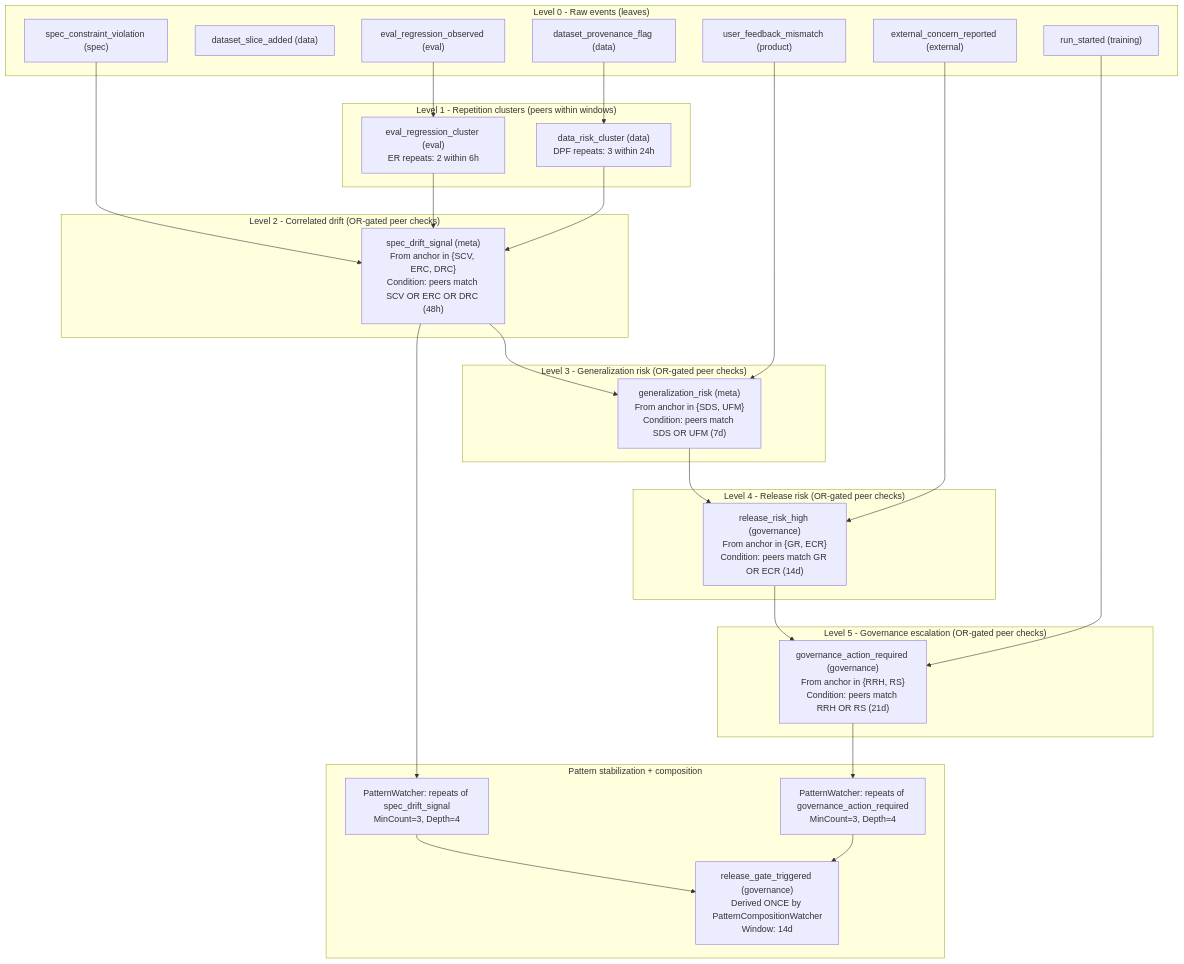
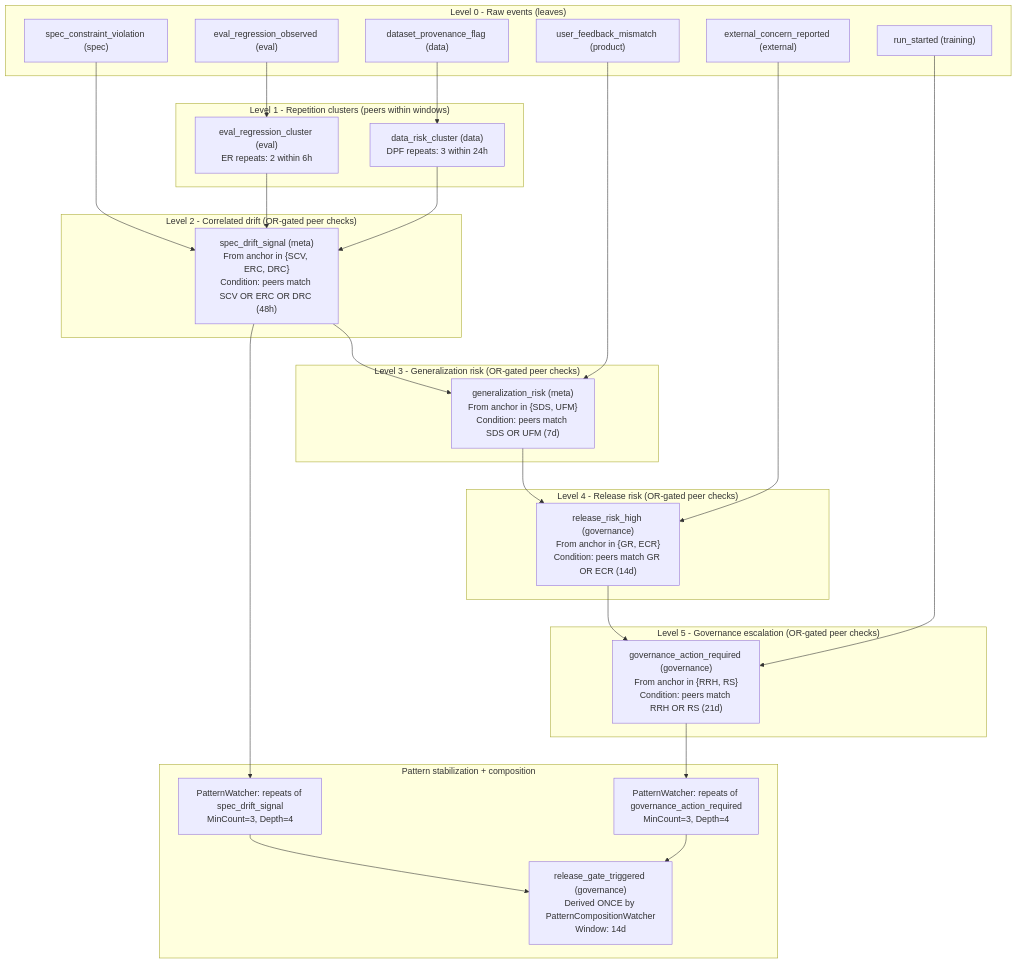
One commit to jtomasevic/synapse changed the diagram in examples/spec-locked-fine-tune-drift/README.md. Above: the diagram before and after it, drawn with Mermaid.

Commit message:
Fix diagram for Spec Locked Fine Tune Drift example (#26)

````diff
--- a/examples/spec-locked-fine-tune-drift/README.md
+++ b/examples/spec-locked-fine-tune-drift/README.md
@@ -22,72 +22,71 @@
 ```mermaid
 flowchart TD
 
   %% =========================
   %% Spec-Locked Fine-Tune Drift -> Release Gate (POC semantics)
   %% =========================
 
   subgraph L0["Level 0 - Raw events (leaves)"]
     RS["run_started (training)"]
-    DSA["dataset_slice_added (data)"]
     DPF["dataset_provenance_flag (data)"]
     ER["eval_regression_observed (eval)"]
     SCV["spec_constraint_violation (spec)"]
     UFM["user_feedback_mismatch (product)"]
     ECR["external_concern_reported (external)"]
   end
 
   subgraph L1["Level 1 - Repetition clusters (peers within windows)"]
     DRC["data_risk_cluster (data)\nDPF repeats: 3 within 24h"]
     ERC["eval_regression_cluster (eval)\nER repeats: 2 within 6h"]
   end
 
   subgraph L2["Level 2 - Correlated drift (OR-gated peer checks)"]
     SDS["spec_drift_signal (meta)\nFrom anchor in {SCV, ERC, DRC}\nCondition: peers match SCV OR ERC OR DRC (48h)"]
   end
 
   subgraph L3["Level 3 - Generalization risk (OR-gated peer checks)"]
     GR["generalization_risk (meta)\nFrom anchor in {SDS, UFM}\nCondition: peers match SDS OR UFM (7d)"]
   end
 
   subgraph L4["Level 4 - Release risk (OR-gated peer checks)"]
     RRH["release_risk_high (governance)\nFrom anchor in {GR, ECR}\nCondition: peers match GR OR ECR (14d)"]
   end
 
   subgraph L5["Level 5 - Governance escalation (OR-gated peer checks)"]
     GAR["governance_action_required (governance)\nFrom anchor in {RRH, RS}\nCondition: peers match RRH OR RS (21d)"]
   end
 
   subgraph P["Pattern stabilization + composition"]
     PM_SDS["PatternWatcher: repeats of spec_drift_signal\nMinCount=3, Depth=4"]
     PM_GAR["PatternWatcher: repeats of governance_action_required\nMinCount=3, Depth=4"]
     RGT["release_gate_triggered (governance)\nDerived ONCE by PatternCompositionWatcher\nWindow: 14d"]
   end
 
   %% --- L1 derivations (true dependencies) ---
   DPF --> DRC
   ER --> ERC
 
   %% --- L2: rule registered for SCV, ERC, DRC (anchors) ---
   SCV --> SDS
   ERC --> SDS
   DRC --> SDS
 
   %% --- L3: rule registered for SDS, UFM (anchors) ---
   SDS --> GR
   UFM --> GR
 
   %% --- L4: rule registered for GR, ECR (anchors) ---
   GR --> RRH
   ECR --> RRH
 
   %% --- L5: rule registered for RRH, RS (anchors) ---
   RRH --> GAR
   RS --> GAR
 
   %% --- Pattern stabilization ---
   SDS --> PM_SDS
   GAR --> PM_GAR
   PM_SDS --> RGT
   PM_GAR --> RGT
 
 ```
````
